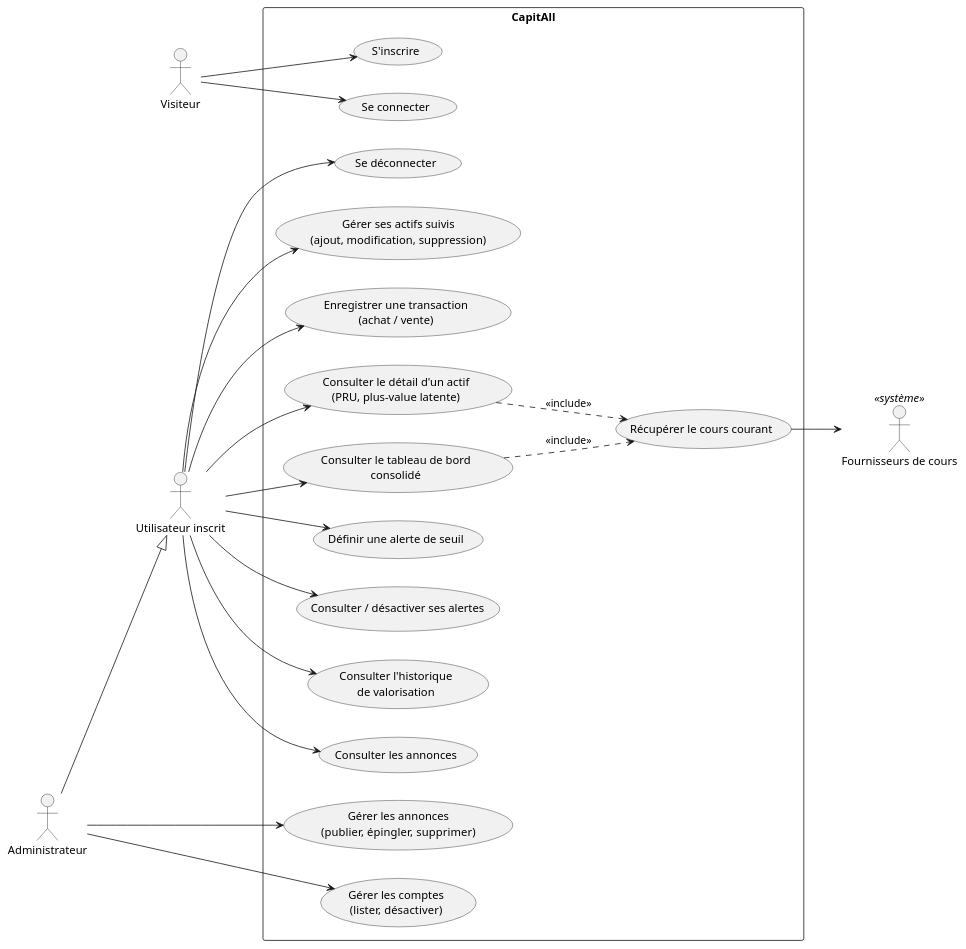
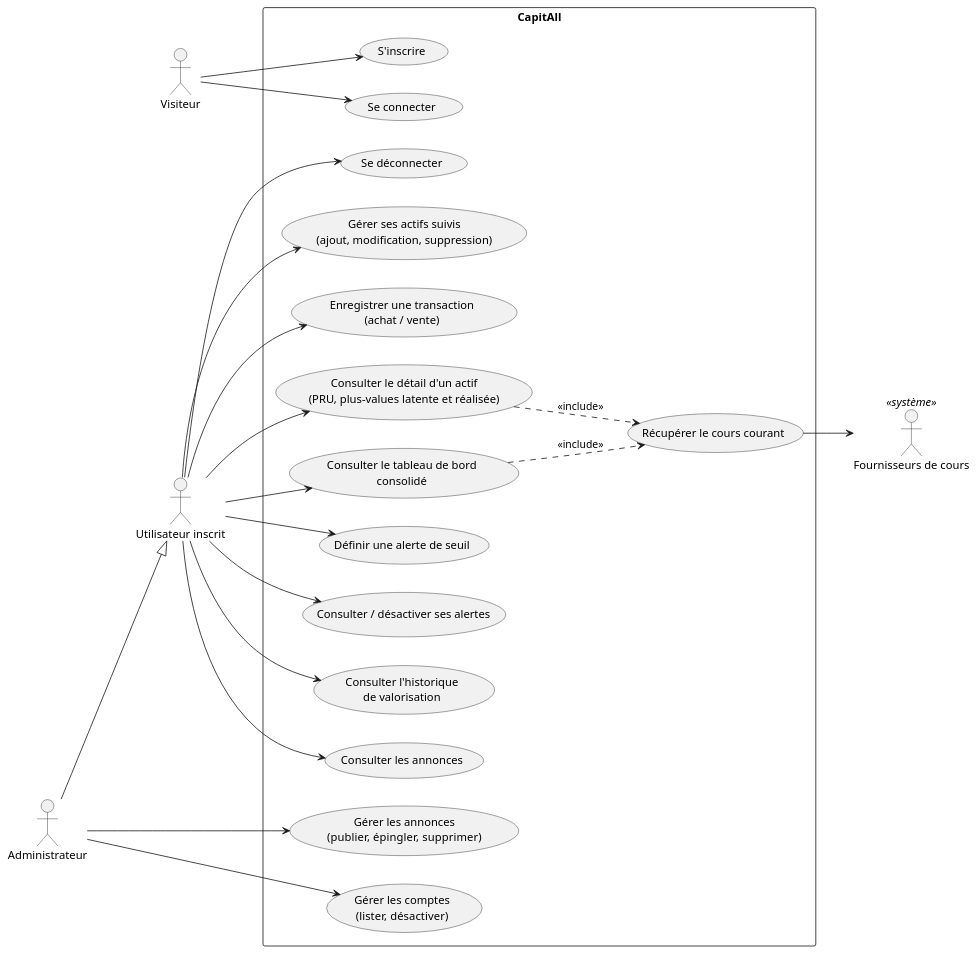
One commit to geoffrey-carpentier/CapitAll changed the diagram in docs/conception/cas-utilisation.md. Above: the diagram before and after it, drawn with PlantUML. The commit also changed other lines of this file and 5 other files, not shown here.

Commit message:
docs: intègre la plus-value réalisée et la bascule d'affichage euro/dollar au périmètre (#68)

````diff
--- a/docs/conception/cas-utilisation.md
+++ b/docs/conception/cas-utilisation.md
@@ -37,44 +37,44 @@
 ```plantuml
 @startuml
 left to right direction
 actor Visiteur as V
 actor "Utilisateur inscrit" as U
 actor Administrateur as A
 actor "Fournisseurs de cours" as API <<système>>
 A --|> U
 
 rectangle CapitAll {
   usecase "S'inscrire" as UC1
   usecase "Se connecter" as UC2
   usecase "Se déconnecter" as UC3
   usecase "Gérer ses actifs suivis\n(ajout, modification, suppression)" as UC4
   usecase "Enregistrer une transaction\n(achat / vente)" as UC5
-  usecase "Consulter le détail d'un actif\n(PRU, plus-value latente)" as UC6
+  usecase "Consulter le détail d'un actif\n(PRU, plus-values latente et réalisée)" as UC6
   usecase "Consulter le tableau de bord\nconsolidé" as UC7
   usecase "Récupérer le cours courant" as UC8
   usecase "Définir une alerte de seuil" as UC9
   usecase "Consulter / désactiver ses alertes" as UC10
   usecase "Consulter l'historique\nde valorisation" as UC11
   usecase "Consulter les annonces" as UC12
   usecase "Gérer les annonces\n(publier, épingler, supprimer)" as UC13
   usecase "Gérer les comptes\n(lister, désactiver)" as UC14
 }
 
 V --> UC1
 V --> UC2
 U --> UC3
 U --> UC4
 U --> UC5
 U --> UC6
 U --> UC7
 U --> UC9
 U --> UC10
 U --> UC11
 U --> UC12
 A --> UC13
 A --> UC14
 UC6 ..> UC8 : <<include>>
 UC7 ..> UC8 : <<include>>
 UC8 --> API
 @enduml
 ```
````
